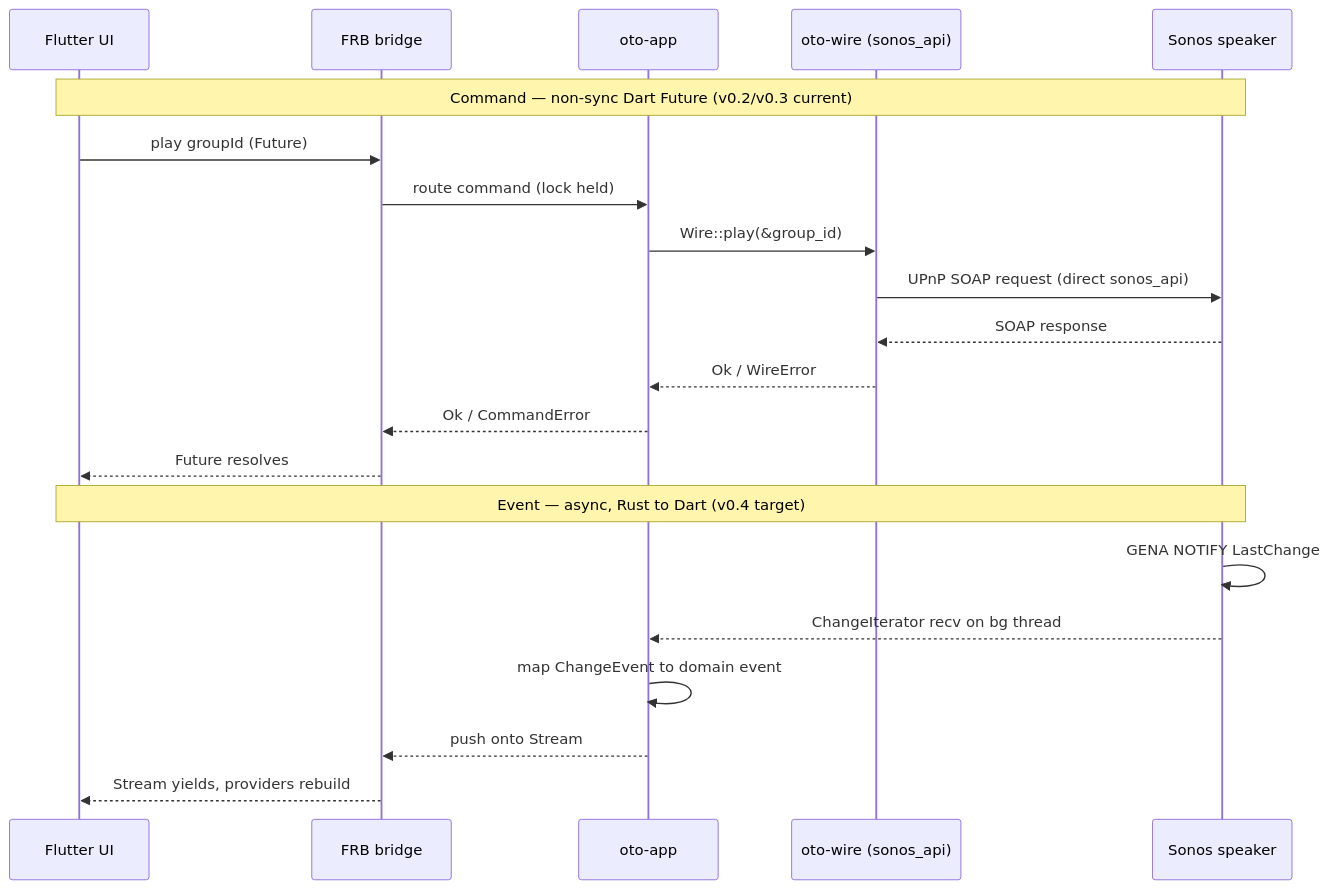
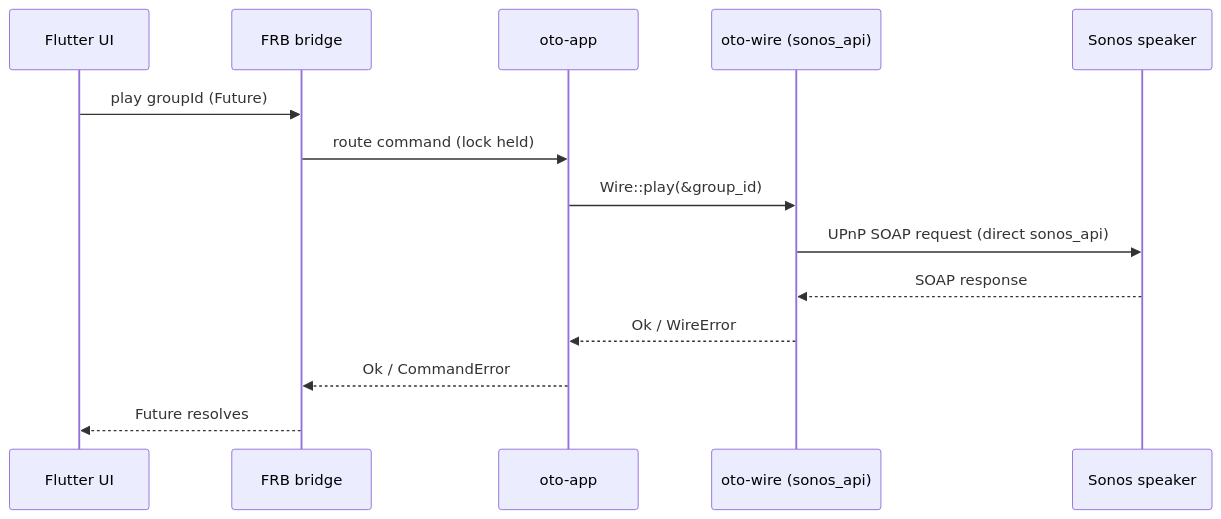
One commit to Oszkar/oto changed the second of 2 diagrams in docs/ARCHITECTURE.md. Above: the diagram before and after it, drawn with Mermaid. The commit also changed other lines of this file and 16 other files, not shown here.

Commit message:
docs: restructure — knowledgebase + roadmap, drop dated plans (#35)

````diff
--- a/docs/ARCHITECTURE.md
+++ b/docs/ARCHITECTURE.md
@@ -76,25 +71,17 @@
 ```mermaid
 sequenceDiagram
     participant U as Flutter UI
     participant B as FRB bridge
     participant A as oto-app
     participant W as oto-wire (sonos_api)
     participant K as Sonos speaker
 
-    Note over U,K: Command — non-sync Dart Future (v0.2/v0.3 current)
     U->>B: play groupId (Future)
     B->>A: route command (lock held)
     A->>W: Wire::play(&group_id)
     W->>K: UPnP SOAP request (direct sonos_api)
     K-->>W: SOAP response
     W-->>A: Ok / WireError
     A-->>B: Ok / CommandError
     B-->>U: Future resolves
-
-    Note over U,K: Event — async, Rust to Dart (v0.4 target)
-    K->>K: GENA NOTIFY LastChange
-    K-->>A: ChangeIterator recv on bg thread
-    A->>A: map ChangeEvent to domain event
-    A-->>B: push onto Stream
-    B-->>U: Stream yields, providers rebuild
 ```
````
